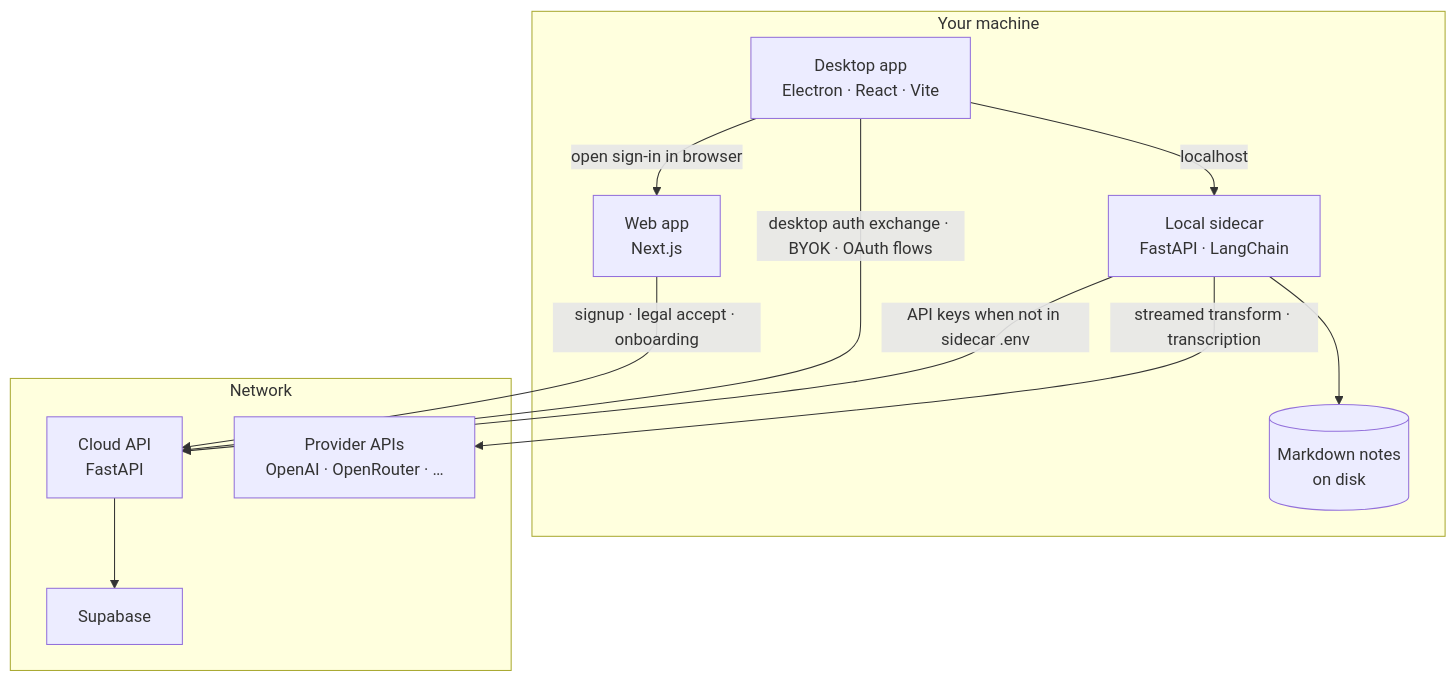
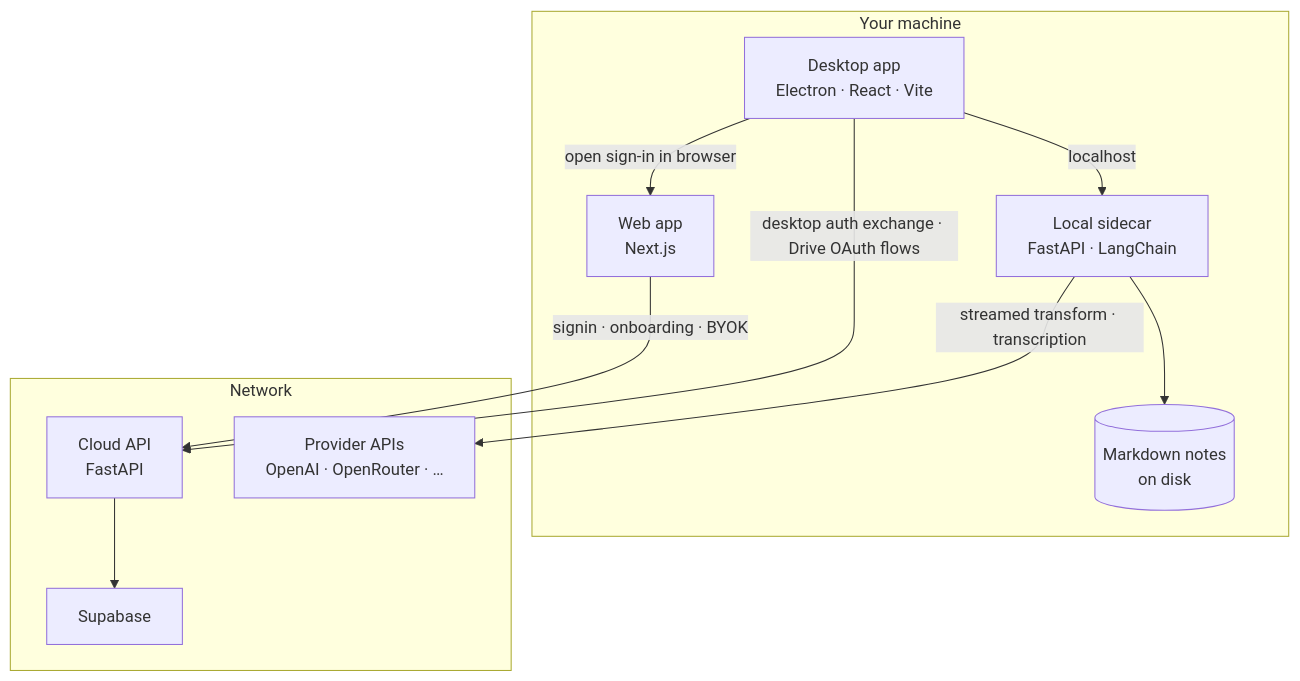
Before and after one commit to sridharchaildn/notebook-ai: the diagram in README.md, drawn with Mermaid. The commit also changed other lines of this file and 78 other files, not shown here.

````diff
--- a/README.md
+++ b/README.md
@@ -16,22 +18,21 @@
 ```mermaid
 flowchart TB
   subgraph machine["Your machine"]
     Desktop["Desktop app<br/>Electron · React · Vite"]
     Web["Web app<br/>Next.js"]
     Sidecar["Local sidecar<br/>FastAPI · LangChain"]
     Notes[("Markdown notes<br/>on disk")]
     Desktop -->|"localhost"| Sidecar
     Sidecar --> Notes
     Desktop -->|"open sign-in in browser"| Web
   end
   subgraph network["Network"]
     Cloud["Cloud API<br/>FastAPI"]
     Supabase["Supabase"]
     Providers["Provider APIs<br/>OpenAI · OpenRouter · …"]
     Cloud --> Supabase
   end
-  Web -->|"signup · legal accept · onboarding"| Cloud
-  Desktop -->|"desktop auth exchange · BYOK · OAuth flows"| Cloud
-  Sidecar -->|"API keys when not in sidecar .env"| Cloud
+  Web -->|"signin · onboarding · BYOK"| Cloud
+  Desktop -->|"desktop auth exchange · Drive OAuth flows"| Cloud
   Sidecar -->|"streamed transform · transcription"| Providers
 ```
````
